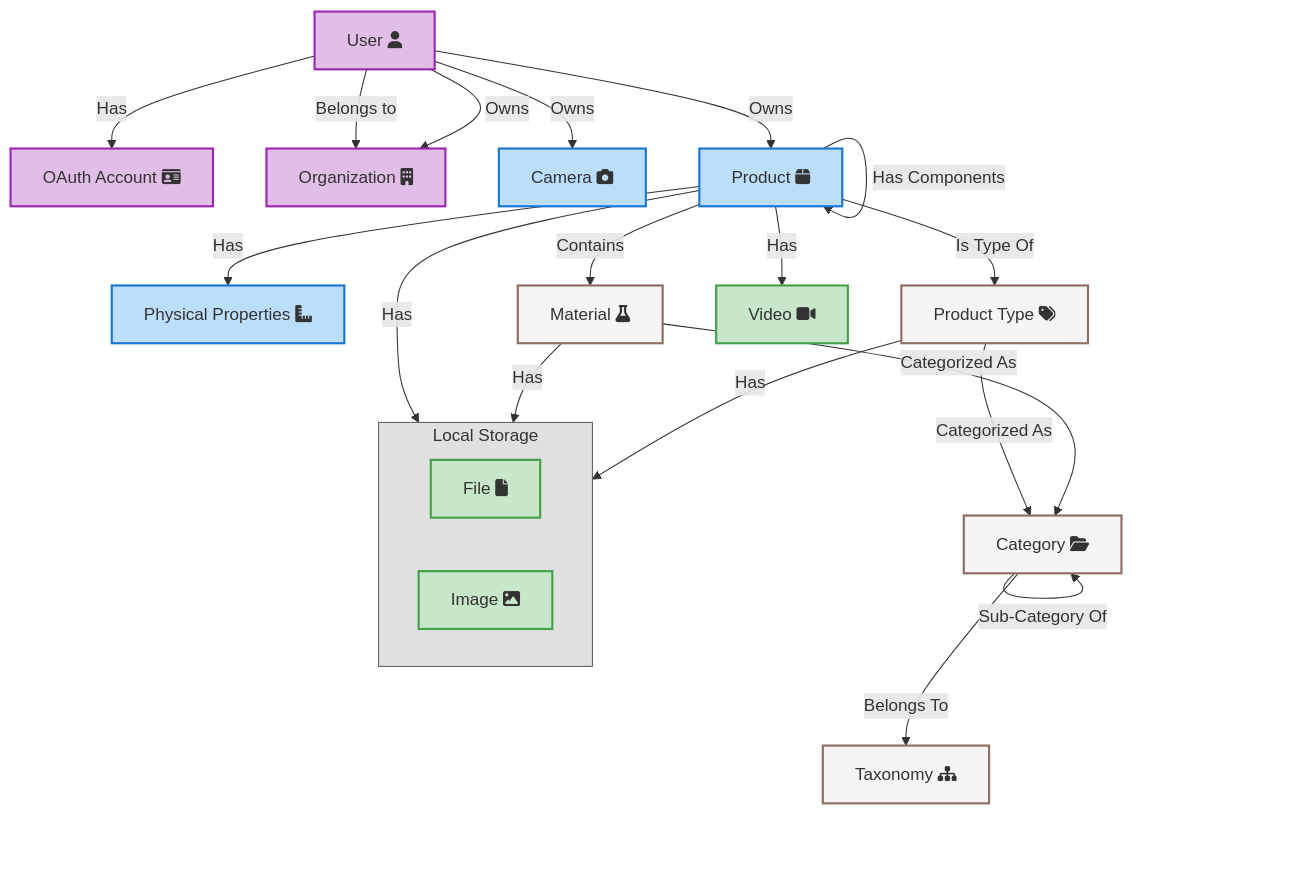
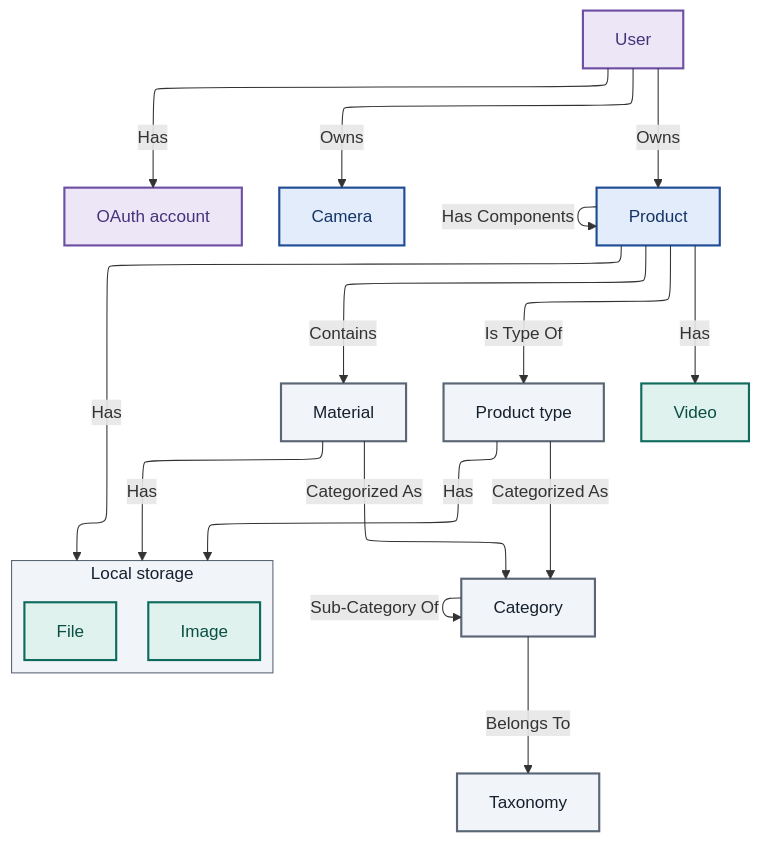
Before and after one commit to CMLPlatform/relab: the diagram in docs/src/content/docs/architecture/datamodel.mdx, drawn with Mermaid. The commit also changed other lines of this file and 2187 other files, not shown here.

````diff
--- a/docs/src/content/docs/architecture/datamodel.mdx
+++ b/docs/src/content/docs/architecture/datamodel.mdx
@@ -9,56 +12,57 @@
 ```mermaid
+---
+config:
+    layout: elk
+---
 graph TD
+    accTitle: Relab data model overview
+    accDescr: Users own cameras and products and link OAuth accounts; products form a self-referential component hierarchy, carry physical properties and circularity notes directly, and are linked to product types and materials; product types and materials are categorized under taxonomies; products, materials, and product types can each have files and images attached, and products can also have videos.
 
-        User["User fa:fa-user"]
-        OAuthAccount["OAuth Account fa:fa-id-card"]
-        Organization["Organization fa:fa-building"]
+        User["User"]
+        OAuthAccount["OAuth account"]
 
-        Camera["Camera fa:fa-camera"]
-        Product["Product fa:fa-box"]
-        PhysicalProperties["Physical Properties fa:fa-ruler-combined"]
+        Camera["Camera"]
+        Product["Product"]
 
-        Taxonomy["Taxonomy fa:fa-sitemap"]
-        Material["Material fa:fa-flask"]
-        Category["Category fa:fa-folder-open"]
-        ProductType["Product Type fa:fa-tags"]
+        Taxonomy["Taxonomy"]
+        Material["Material"]
+        Category["Category"]
+        ProductType["Product type"]
 
-        subgraph LocalStorage["Local Storage"]
-            File["File fa:fa-file"]
-            Image["Image fa:fa-image"]
+        subgraph LocalStorage["Local storage"]
+            File["File"]
+            Image["Image"]
         end
-        Video["Video fa:fa-video"]
+        Video["Video"]
 
     User -->|Has| OAuthAccount
-    User -->|Belongs to| Organization
-    User -->|Owns| Organization
-
     User -->|Owns| Camera
 
     User -->|Owns| Product
     Product -->|Has Components| Product
     Product -->|Contains| Material
     Product -->|Is Type Of| ProductType
-    Product -->|Has| PhysicalProperties
     ProductType -->|Categorized As| Category
     Material -->|Categorized As| Category
     Category -->|Sub-Category Of| Category
     Category -->|Belongs To| Taxonomy
     Product -->|Has| LocalStorage
     Product -->|Has| Video
     Material -->|Has| LocalStorage
     ProductType -->|Has| LocalStorage
 
-    style LocalStorage fill:#e0e0e0,stroke:#616161,stroke-width:1px;
+    %% Diagram palette from assets/DESIGN.md (categorical ramp)
+    style LocalStorage fill:#f1f4f8,stroke:#5a6675,stroke-width:1px,color:#16202e;
 
-    classDef UserManagementFill fill:#e1bee7,stroke:#9c27b0,stroke-width:2px;
-    class User,OAuthAccount,Organization UserManagementFill;
+    classDef UserManagementFill fill:#ede6f7,stroke:#6d4fa3,stroke-width:2px,color:#44337a;
+    class User,OAuthAccount UserManagementFill;
 
-    classDef DataCollectionFill fill:#bbdefb,stroke:#1976d2,stroke-width:2px;
-    class Product,PhysicalProperties,Camera DataCollectionFill;
+    classDef DataCollectionFill fill:#e3ecfa,stroke:#1f4c96,stroke-width:2px,color:#143567;
+    class Product,Camera DataCollectionFill;
 
-    classDef BackgroundDataFill fill:#f5f5f5,stroke:#8d6e63,stroke-width:2px;
-    class Taxonomy,Material,Category,ProductType BackgroundDataFill;
+    classDef ReferenceDataFill fill:#f1f4f8,stroke:#5a6675,stroke-width:2px,color:#16202e;
+    class Taxonomy,Material,Category,ProductType ReferenceDataFill;
 
-    classDef MediaFill fill:#c8e6c9,stroke:#43a047,stroke-width:2px;
+    classDef MediaFill fill:#e0f2ed,stroke:#0e6b5e,stroke-width:2px,color:#0a4f45;
     class File,Image,Video MediaFill;
 ```
````
